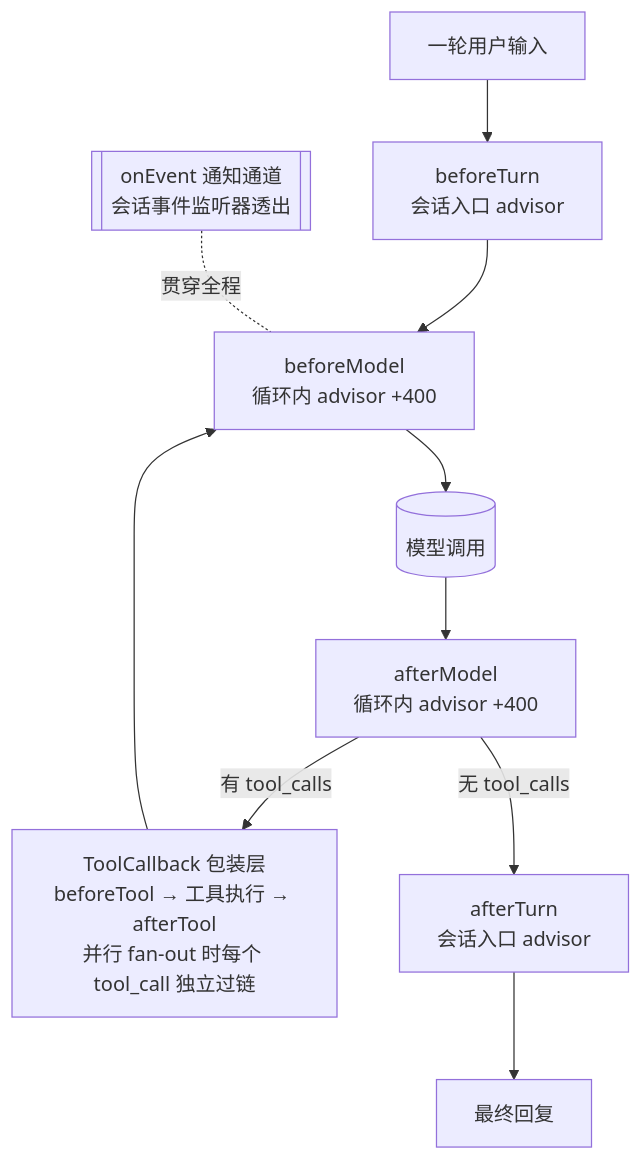
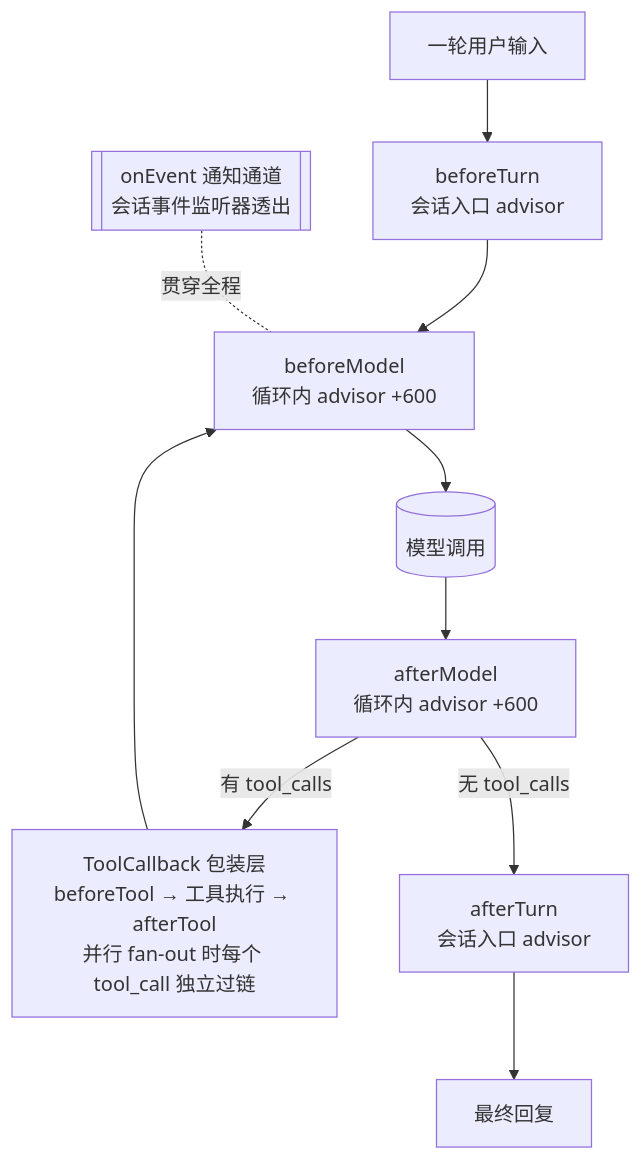
One commit to chyuan-cuihongyuan/spring-ai-mount-buzhou changed the first of 4 diagrams in docs/spec/07-hooks.md. Above: the diagram before and after it, drawn with Mermaid. The commit also changed other lines of this file and 28 other files, not shown here.

````diff
--- a/docs/spec/07-hooks.md
+++ b/docs/spec/07-hooks.md
@@ -40,12 +40,12 @@
 ```mermaid
 flowchart TD
     IN[一轮用户输入] --> BT[beforeTurn<br/>会话入口 advisor]
-    BT --> BM[beforeModel<br/>循环内 advisor +400]
+    BT --> BM[beforeModel<br/>循环内 advisor +600]
     BM --> LLM[(模型调用)]
-    LLM --> AM[afterModel<br/>循环内 advisor +400]
+    LLM --> AM[afterModel<br/>循环内 advisor +600]
     AM -->|有 tool_calls| TC[ToolCallback 包装层<br/>beforeTool → 工具执行 → afterTool<br/>并行 fan-out 时每个 tool_call 独立过链]
     TC --> BM
     AM -->|无 tool_calls| AT[afterTurn<br/>会话入口 advisor]
     AT --> OUT[最终回复]
     EV[[onEvent 通知通道<br/>会话事件监听器透出]] -. 贯穿全程 .- BM
 ```
````
